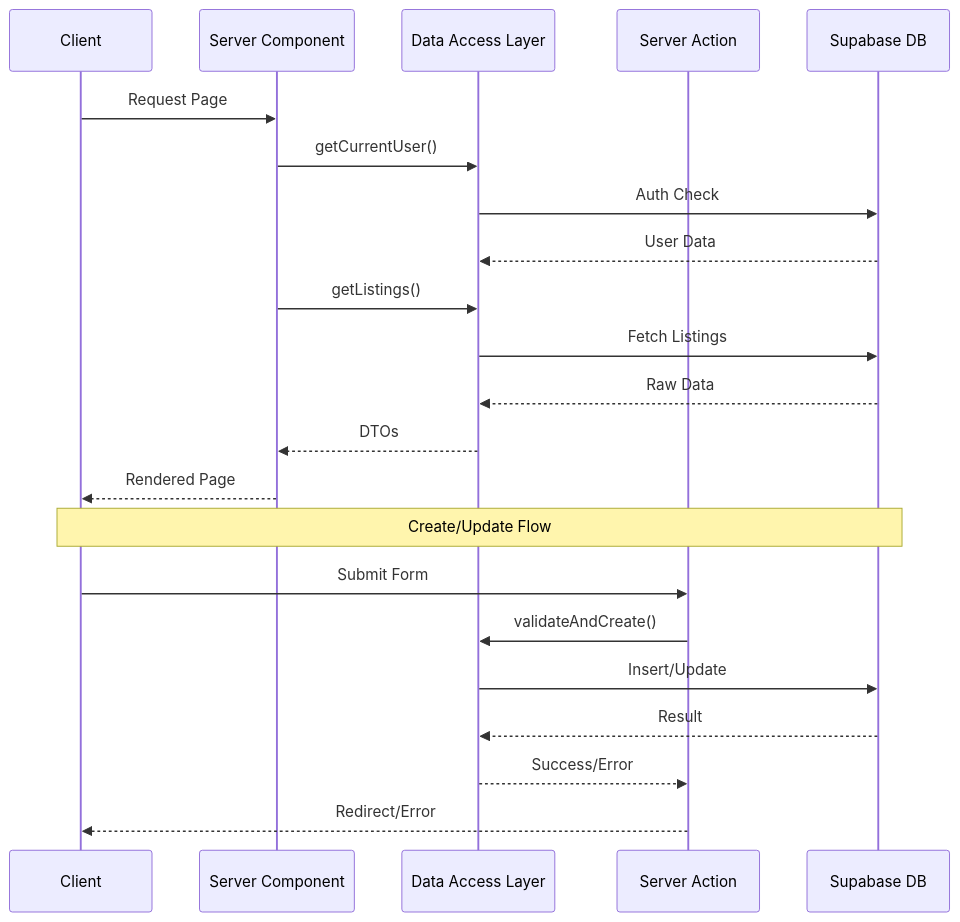
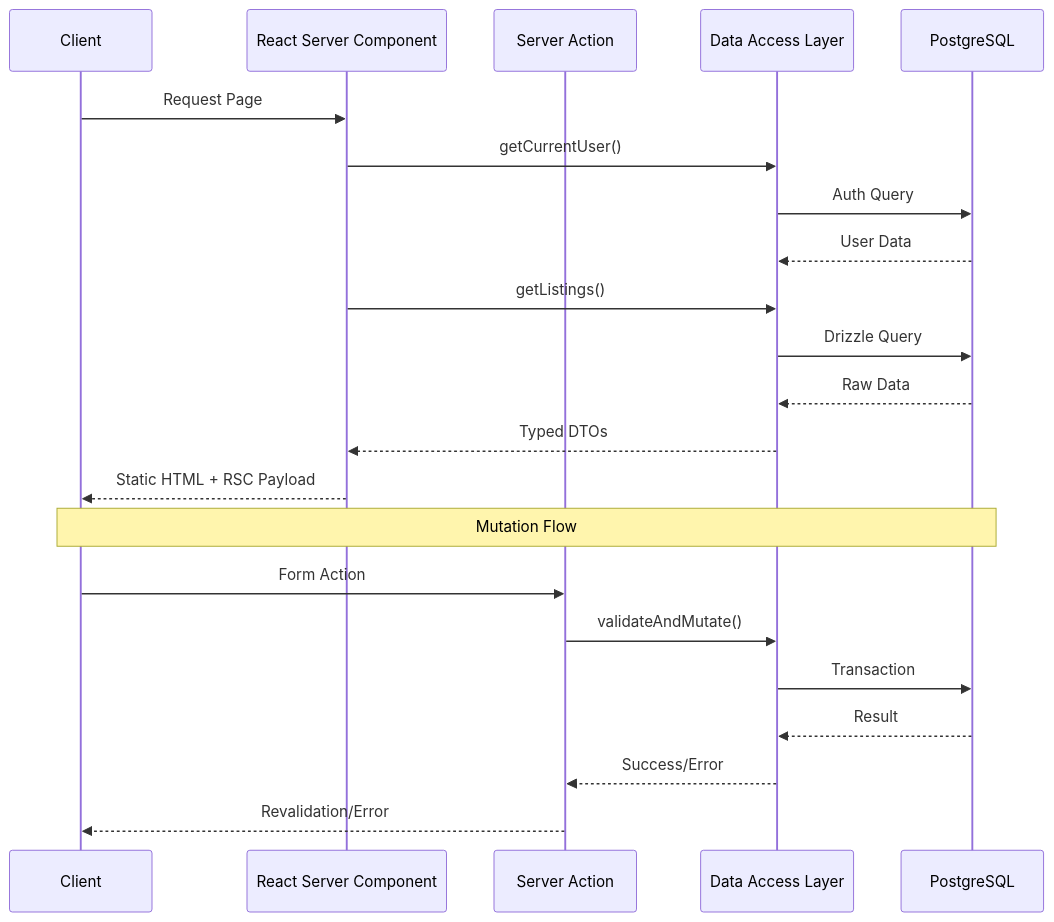
Before and after one commit to bk202042/pick: the second of 4 diagrams in docs/Architecture_Diagrams.md, drawn with Mermaid. The commit also changed other lines of this file and 7 other files, not shown here.

Commit message:
mermaid added to docs

````diff
--- a/docs/Architecture_Diagrams.md
+++ b/docs/Architecture_Diagrams.md
@@ -43,26 +44,26 @@
 ```mermaid
 sequenceDiagram
     participant Client
-    participant SSR as Server Component
+    participant RSC as React Server Component
+    participant SA as Server Action
     participant DAL as Data Access Layer
-    participant SA as Server Action
-    participant DB as Supabase DB
+    participant DB as PostgreSQL
 
-    Client->>SSR: Request Page
-    SSR->>DAL: getCurrentUser()
-    DAL->>DB: Auth Check
+    Client->>RSC: Request Page
+    RSC->>DAL: getCurrentUser()
+    DAL->>DB: Auth Query
     DB-->>DAL: User Data
-    SSR->>DAL: getListings()
-    DAL->>DB: Fetch Listings
+    RSC->>DAL: getListings()
+    DAL->>DB: Drizzle Query
     DB-->>DAL: Raw Data
-    DAL-->>SSR: DTOs
-    SSR-->>Client: Rendered Page
+    DAL-->>RSC: Typed DTOs
+    RSC-->>Client: Static HTML + RSC Payload
 
-    Note over Client,DB: Create/Update Flow
-    Client->>SA: Submit Form
-    SA->>DAL: validateAndCreate()
-    DAL->>DB: Insert/Update
+    Note over Client,DB: Mutation Flow
+    Client->>SA: Form Action
+    SA->>DAL: validateAndMutate()
+    DAL->>DB: Transaction
     DB-->>DAL: Result
     DAL-->>SA: Success/Error
-    SA-->>Client: Redirect/Error
+    SA-->>Client: Revalidation/Error
 ```
````
